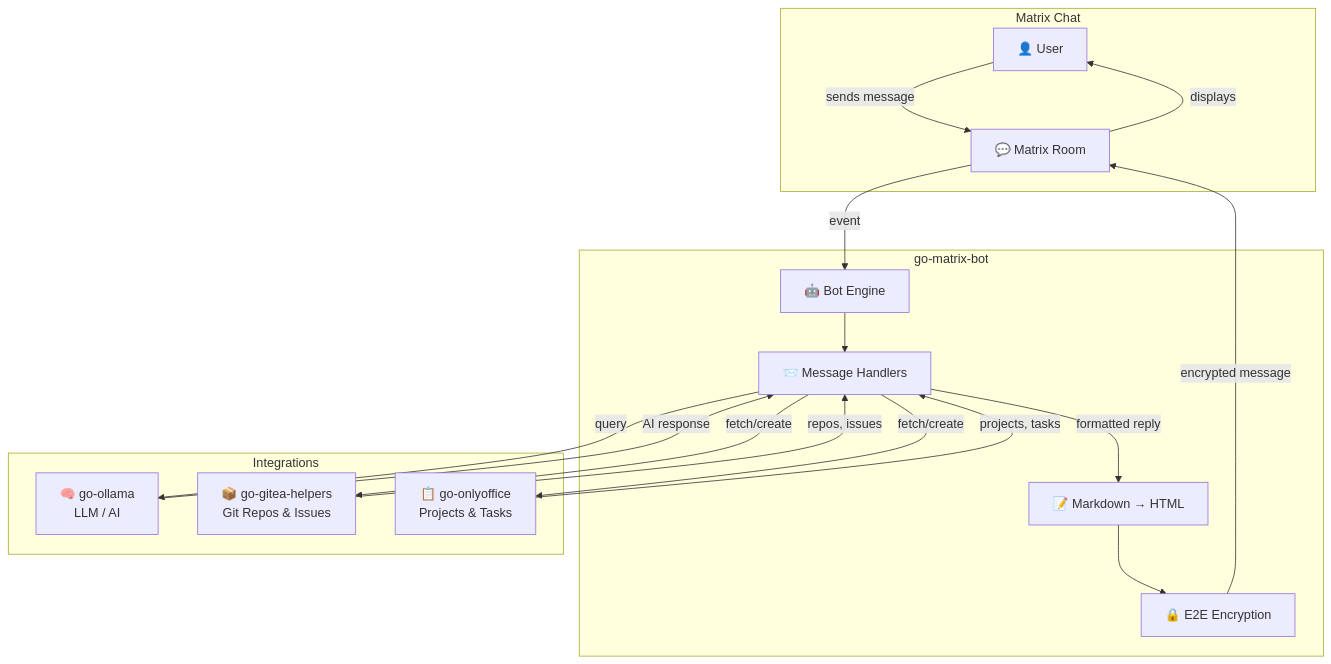
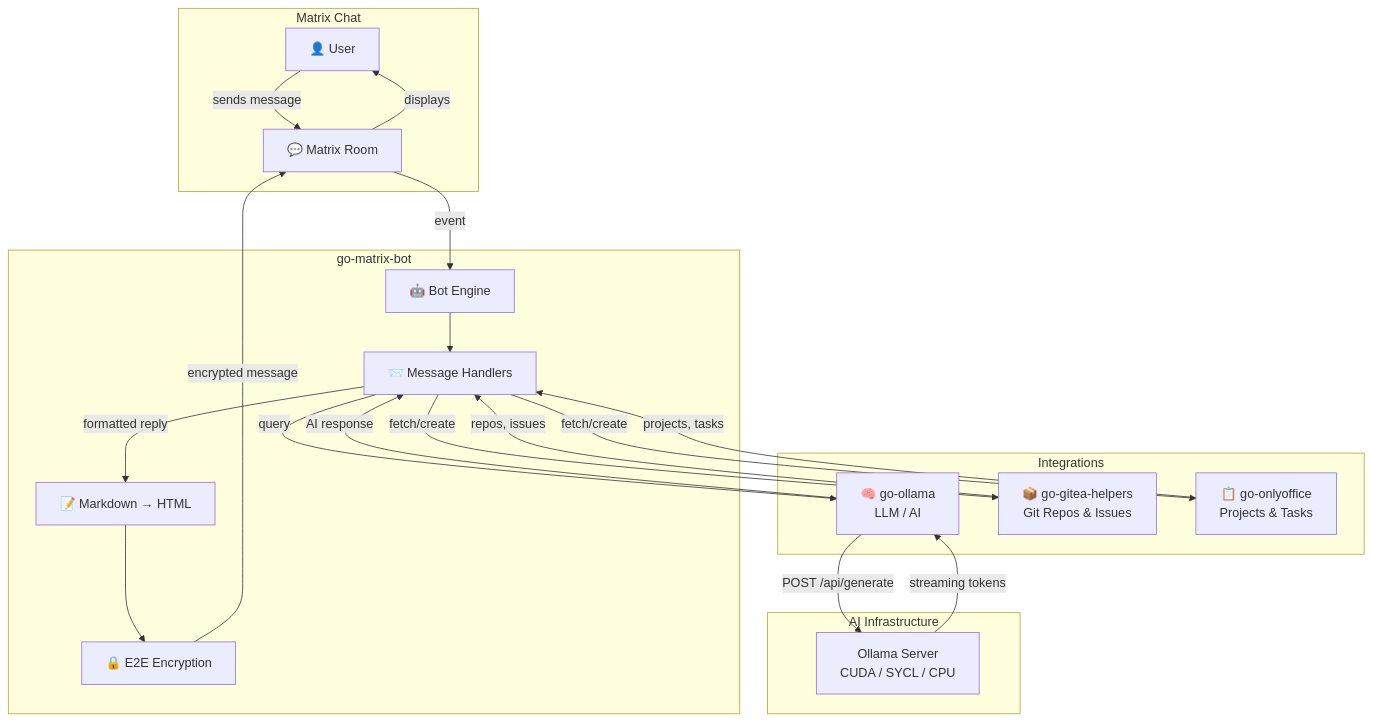
Before and after one commit to eSlider/go-matrix-bot: the first of 8 diagrams in README.md, drawn with Mermaid. The commit also changed other lines of this file, not shown here.

````diff
--- a/README.md
+++ b/README.md
@@ -9,34 +9,40 @@
 ```mermaid
 graph TB
     subgraph "Matrix Chat"
         U["👤 User"]
         R["💬 Matrix Room"]
     end
 
     subgraph "go-matrix-bot"
         B["🤖 Bot Engine"]
         H["📨 Message Handlers"]
         MD["📝 Markdown → HTML"]
         E2E["🔒 E2E Encryption"]
     end
 
     subgraph "Integrations"
         AI["🧠 go-ollama<br/>LLM / AI"]
         GIT["📦 go-gitea-helpers<br/>Git Repos & Issues"]
         OO["📋 go-onlyoffice<br/>Projects & Tasks"]
     end
 
+    subgraph "AI Infrastructure"
+        OL["Ollama Server<br/>CUDA / SYCL / CPU"]
+    end
+
     U -->|"sends message"| R
     R -->|"event"| B
     B --> H
     H -->|"query"| AI
     H -->|"fetch/create"| GIT
     H -->|"fetch/create"| OO
+    AI -->|"POST /api/generate"| OL
+    OL -->|"streaming tokens"| AI
     AI -->|"AI response"| H
     GIT -->|"repos, issues"| H
     OO -->|"projects, tasks"| H
     H -->|"formatted reply"| MD
     MD --> E2E
     E2E -->|"encrypted message"| R
     R -->|"displays"| U
 ```
````
